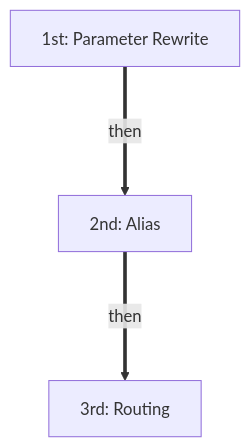
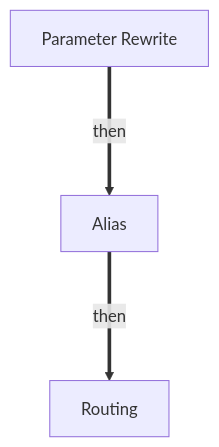
The diagram in docs/number-manipulation.md (connexcs/docs), drawn with Mermaid before and after one commit.

````diff
--- a/docs/number-manipulation.md
+++ b/docs/number-manipulation.md
@@ -13,4 +13,4 @@
 ```mermaid
 graph TD
-A["1st: Parameter Rewrite"] ===>|then| B["2nd: Alias"] ===>|then| C["3rd: Routing"]
+A[Parameter Rewrite] ===>|then| B[Alias] ===>|then| C[Routing]
 ```
````
